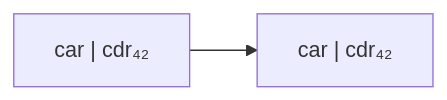
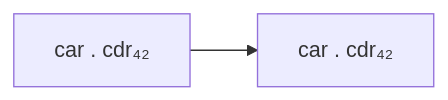
One commit to raviqqe/doc changed the diagram in slides/papers/stak-scheme/code-graph-in-depth.mmd. Above: the diagram before and after it, drawn with Mermaid.

```diff
--- a/slides/papers/stak-scheme/code-graph-in-depth.mmd
+++ b/slides/papers/stak-scheme/code-graph-in-depth.mmd
@@ -1,2 +1,2 @@
 flowchart LR
-  c0["car | cdr₄₂"] --> c1["car | cdr₄₂"]
+  c0["car . cdr₄₂"] --> c1["car . cdr₄₂"]
```
